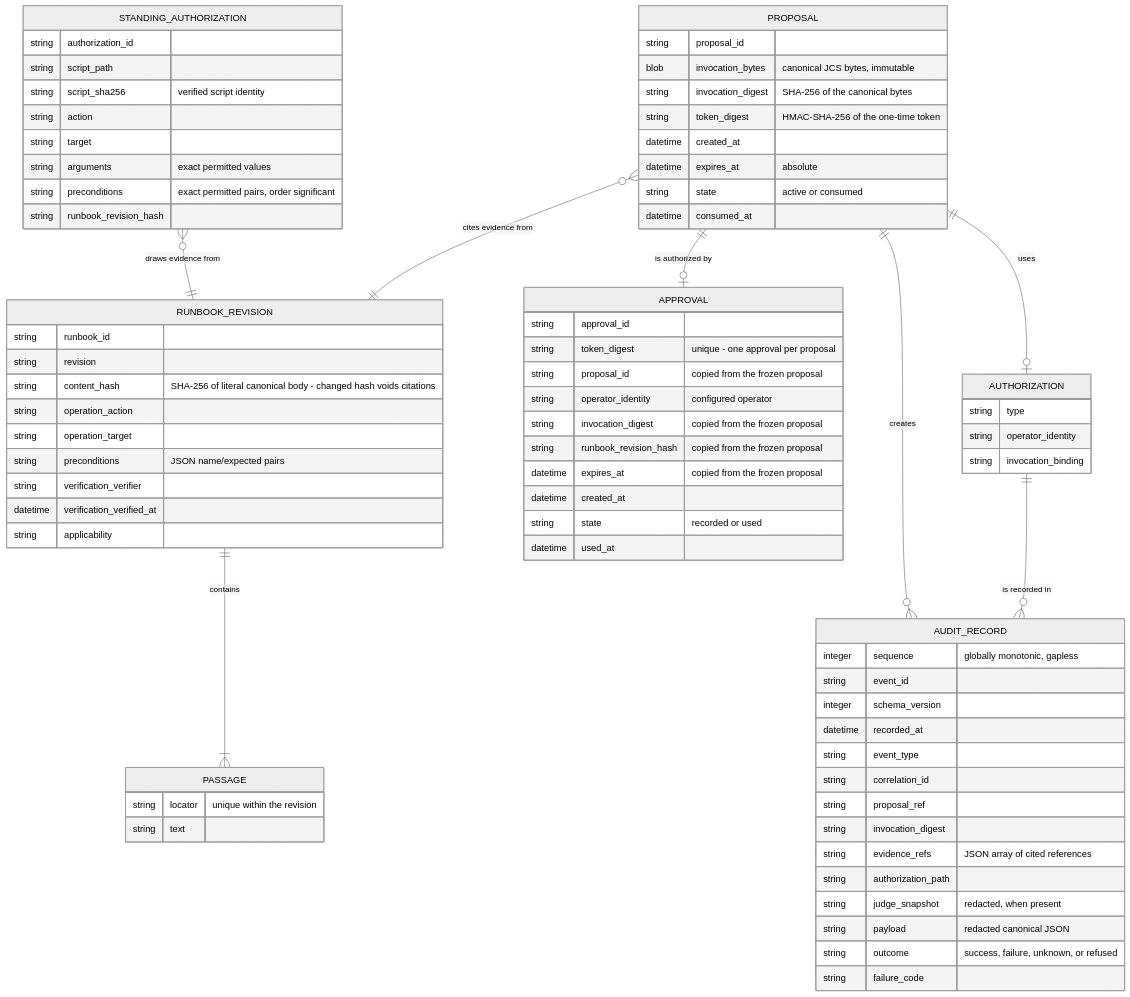
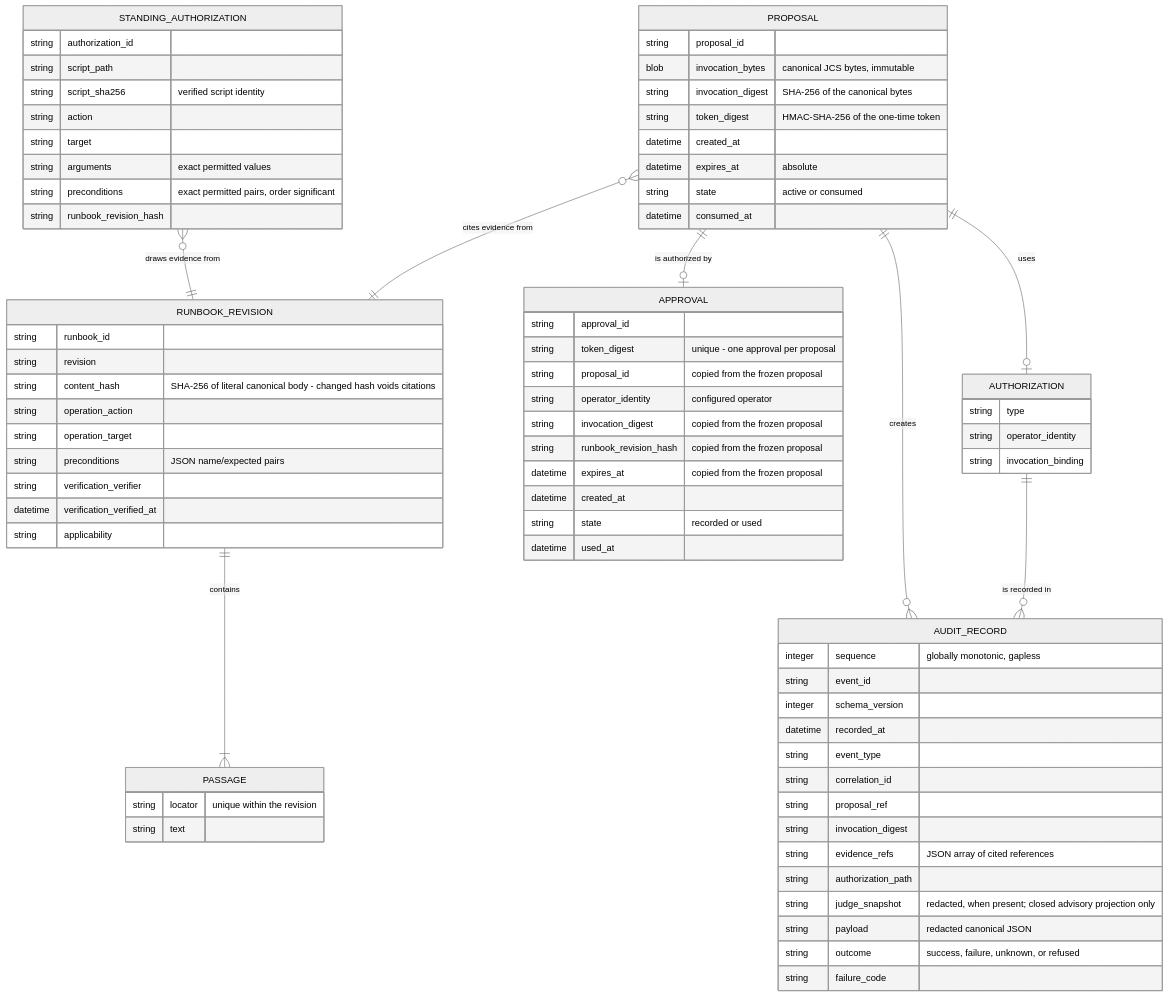
One commit to alanfong93/ops-guard changed the second of 2 diagrams in docs/architecture.md. Above: the diagram before and after it, drawn with Mermaid (neutral theme). The commit also changed other lines of this file and 15 other files, not shown here.

First line of the commit message:
feat: audit-only local risk judgment via pinned local-judge adapter (ADR 0009) (#58) (#71)

````diff
--- a/docs/architecture.md
+++ b/docs/architecture.md
@@ -39,78 +47,78 @@
 ```mermaid
 erDiagram
     RUNBOOK_REVISION ||--|{ PASSAGE : "contains"
     STANDING_AUTHORIZATION }o--|| RUNBOOK_REVISION : "draws evidence from"
     PROPOSAL }o--|| RUNBOOK_REVISION : "cites evidence from"
     PROPOSAL ||--o| APPROVAL : "is authorized by"
     PROPOSAL ||--o| AUTHORIZATION : "uses"
     PROPOSAL ||--o{ AUDIT_RECORD : "creates"
     AUTHORIZATION ||--o{ AUDIT_RECORD : "is recorded in"
     STANDING_AUTHORIZATION {
         string authorization_id
         string script_path
         string script_sha256 "verified script identity"
         string action
         string target
         string arguments "exact permitted values"
         string preconditions "exact permitted pairs, order significant"
         string runbook_revision_hash
     }
     RUNBOOK_REVISION {
         string runbook_id
         string revision
         string content_hash "SHA-256 of literal canonical body - changed hash voids citations"
         string operation_action
         string operation_target
         string preconditions "JSON name/expected pairs"
         string verification_verifier
         datetime verification_verified_at
         string applicability
     }
     PASSAGE {
         string locator "unique within the revision"
         string text
     }
     PROPOSAL {
         string proposal_id
         blob invocation_bytes "canonical JCS bytes, immutable"
         string invocation_digest "SHA-256 of the canonical bytes"
         string token_digest "HMAC-SHA-256 of the one-time token"
         datetime created_at
         datetime expires_at "absolute"
         string state "active or consumed"
         datetime consumed_at
     }
     APPROVAL {
         string approval_id
         string token_digest "unique - one approval per proposal"
         string proposal_id "copied from the frozen proposal"
         string operator_identity "configured operator"
         string invocation_digest "copied from the frozen proposal"
         string runbook_revision_hash "copied from the frozen proposal"
         datetime expires_at "copied from the frozen proposal"
         datetime created_at
         string state "recorded or used"
         datetime used_at
     }
     AUTHORIZATION {
         string type
         string operator_identity
         string invocation_binding
     }
     AUDIT_RECORD {
         integer sequence "globally monotonic, gapless"
         string event_id
         integer schema_version
         datetime recorded_at
         string event_type
         string correlation_id
         string proposal_ref
         string invocation_digest
         string evidence_refs "JSON array of cited references"
         string authorization_path
-        string judge_snapshot "redacted, when present"
+        string judge_snapshot "redacted, when present; closed advisory projection only"
         string payload "redacted canonical JSON"
         string outcome "success, failure, unknown, or refused"
         string failure_code
     }
 ```
````
